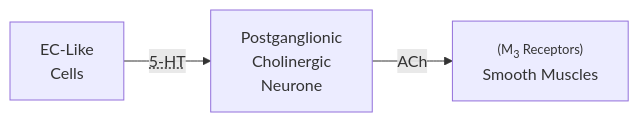
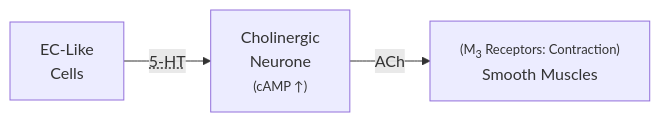
Before and after one commit to catskin0106/BiomedStuff: the first of 2 diagrams in Y3S2 SBMS2106 Pharmacology and Toxicology/Lecture 9.2 - (Gastrointestinal Pharmacology) Gastric Motility Drugs.md, drawn with Mermaid. The commit also changed other lines of this file, not shown here.

````diff
--- a/Y3S2 SBMS2106 Pharmacology and Toxicology/Lecture 9.2 - (Gastrointestinal Pharmacology) Gastric Motility Drugs.md
+++ b/Y3S2 SBMS2106 Pharmacology and Toxicology/Lecture 9.2 - (Gastrointestinal Pharmacology) Gastric Motility Drugs.md
@@ -14,4 +17,4 @@
 ```mermaid
 flowchart LR
-	A["EC-Like<br>Cells"]--<abbr Title="Serotonin">5-HT</abbr>-->B[Postganglionic<br>Cholinergic<br>Neurone]--ACh-->C["<font size="2">(M<sub>3</sub> Receptors)</font><br>Smooth Muscles"]
+	A["EC-Like<br>Cells"]--<abbr Title="Serotonin">5-HT</abbr>-->B["Cholinergic<br>Neurone<br><font size="2">(cAMP ↑)</font>"]--ACh-->C["<font size="2">(M<sub>3</sub> Receptors: Contraction)</font><br>Smooth Muscles"]
 ```
````
